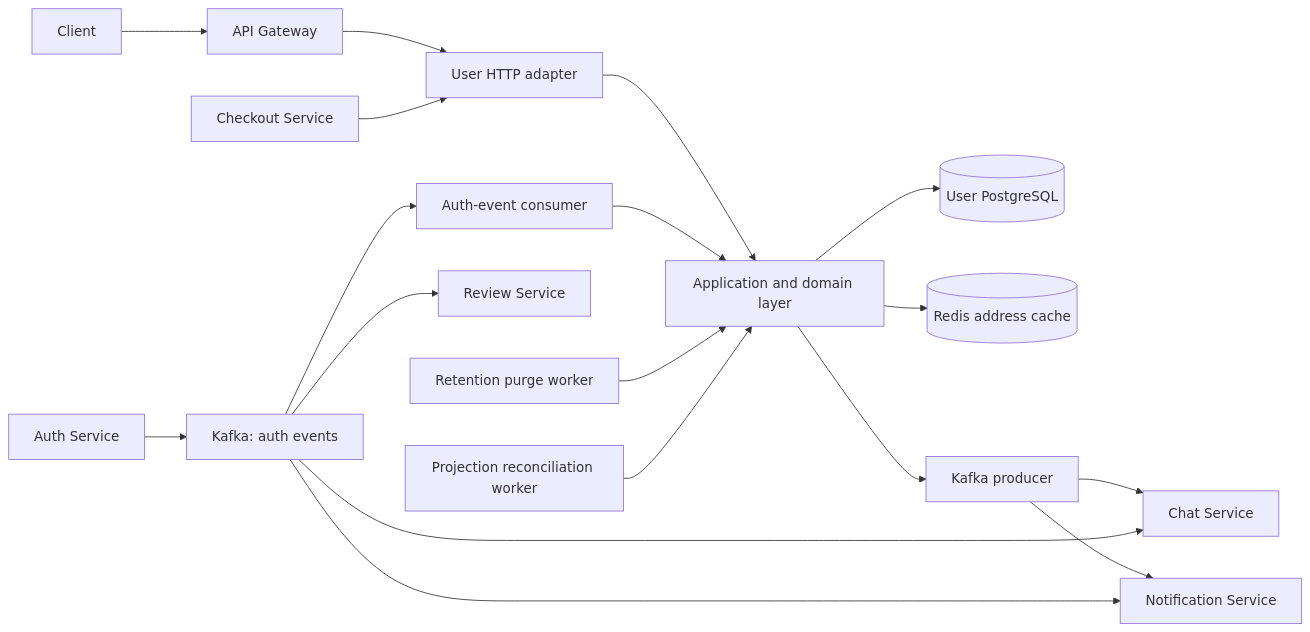
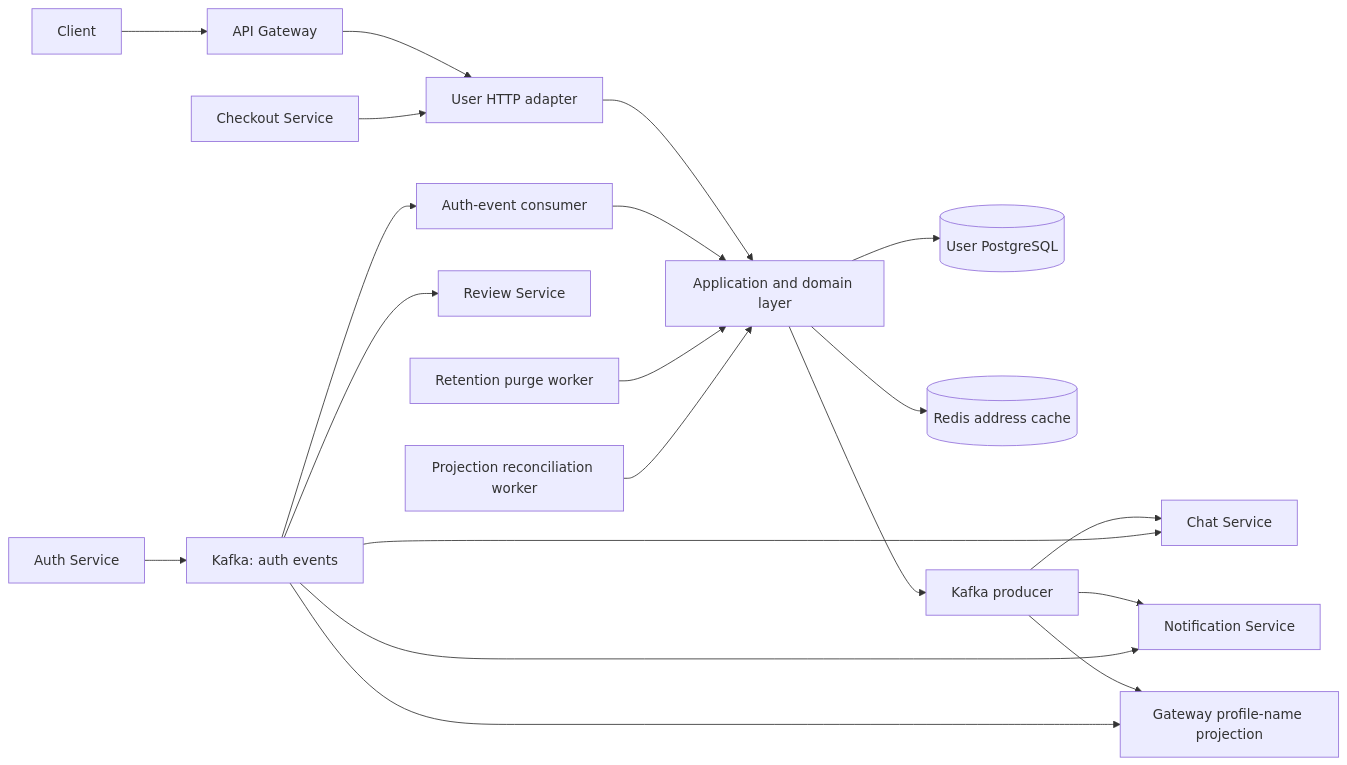
The diagram in docs/user/architecture.md (quangdung2110/e-commerce-microservices), drawn with Mermaid before and after one commit. The commit also changed other lines of this file and 20 other files, not shown here.

Commit message:
docs(review): define gateway author name snapshot

````diff
--- a/docs/user/architecture.md
+++ b/docs/user/architecture.md
@@ -25,20 +25,22 @@
 ```mermaid
 flowchart LR
   C[Client] --> G[API Gateway]
   G --> H[User HTTP adapter]
   CO[Checkout Service] --> H
   H --> A[Application and domain layer]
   A --> P[(User PostgreSQL)]
   A --> R[(Redis address cache)]
   A --> K[Kafka producer]
   K --> CH[Chat Service]
   K --> N[Notification Service]
+  K --> GP[Gateway profile-name projection]
   AU[Auth Service] --> KA[Kafka: auth events]
   KA --> EC[Auth-event consumer]
   KA --> CH
   KA --> N
   KA --> RV[Review Service]
+  KA --> GP
   EC --> A
   W[Retention purge worker] --> A
   RC[Projection reconciliation worker] --> A
 ```
````
